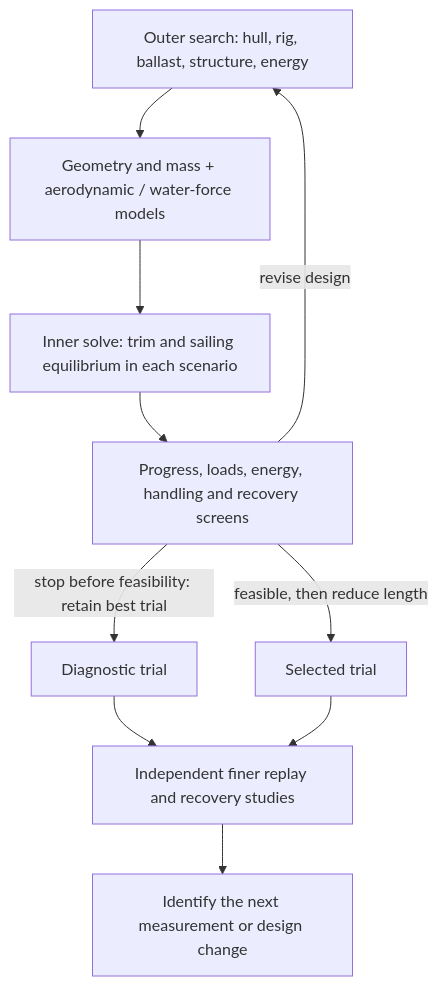
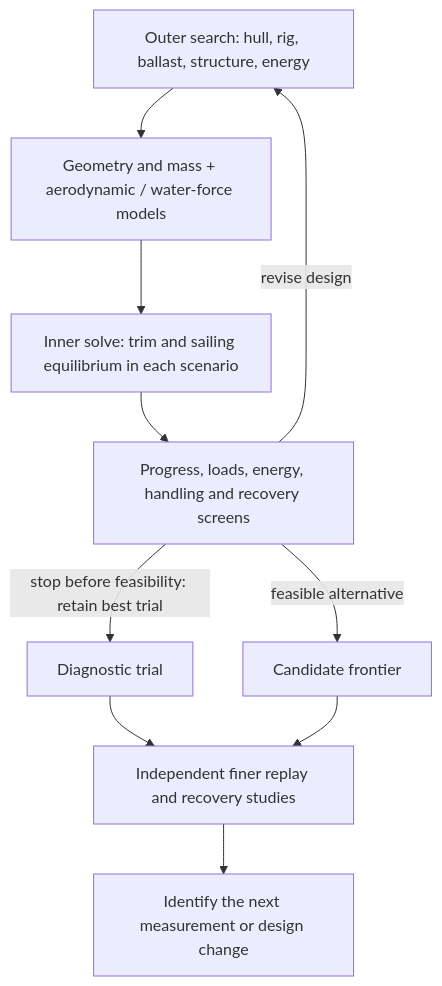
One commit to DavidIngraham/sv-blue-dog changed the diagram in docs/sizing.md. Above: the diagram before and after it, drawn with Mermaid. The commit also changed other lines of this file and 54 other files, not shown here.

````diff
--- a/docs/sizing.md
+++ b/docs/sizing.md
@@ -11,14 +13,14 @@
 ```mermaid
 flowchart TB
     accTitle: How the sizing study makes a candidate
     accDescr: The outer search changes the design. For each design, geometry and mass feed an inner operating solve. Constraint failures send the outer search back to a revised design. Independent replay and recovery challenge the selected trial.
     design["Outer search: hull, rig, ballast, structure, energy"] --> physics["Geometry and mass + aerodynamic / water-force models"]
     physics --> operating["Inner solve: trim and sailing equilibrium in each scenario"]
     operating --> screens["Progress, loads, energy, handling and recovery screens"]
     screens -->|revise design| design
-    screens -->|feasible, then reduce length| trial["Selected trial"]
+    screens -->|feasible alternative| trial["Candidate frontier"]
     screens -->|stop before feasibility: retain best trial| diagnosis["Diagnostic trial"]
     diagnosis --> replay
     trial --> replay["Independent finer replay and recovery studies"]
     replay --> experiment["Identify the next measurement or design change"]
 ```
````
